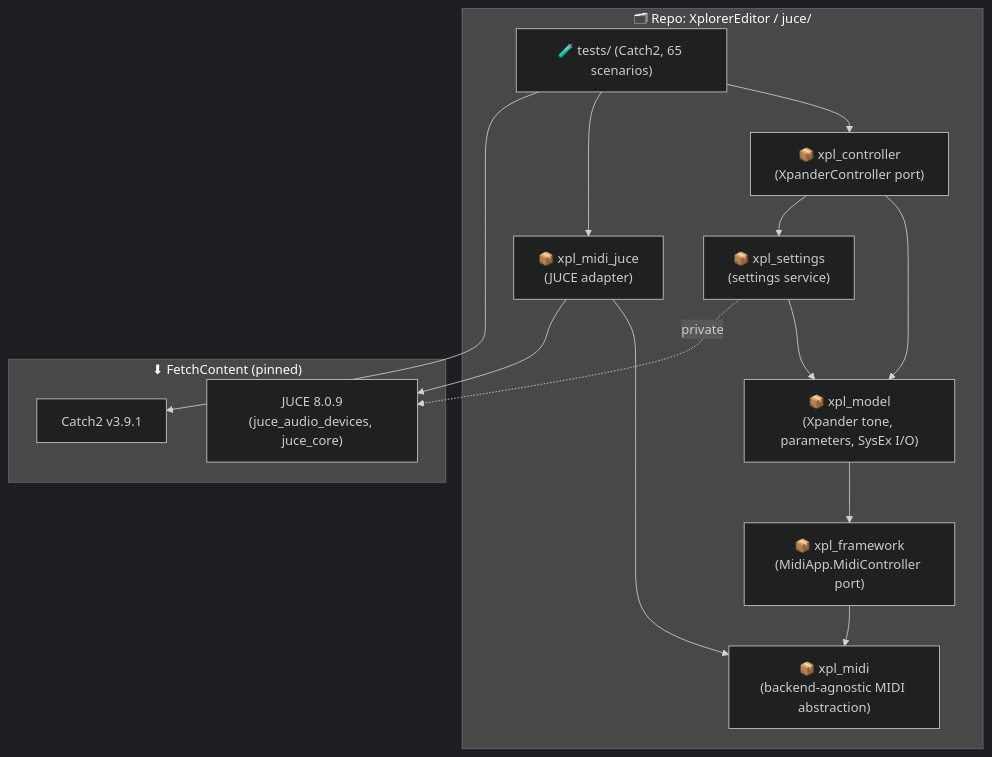
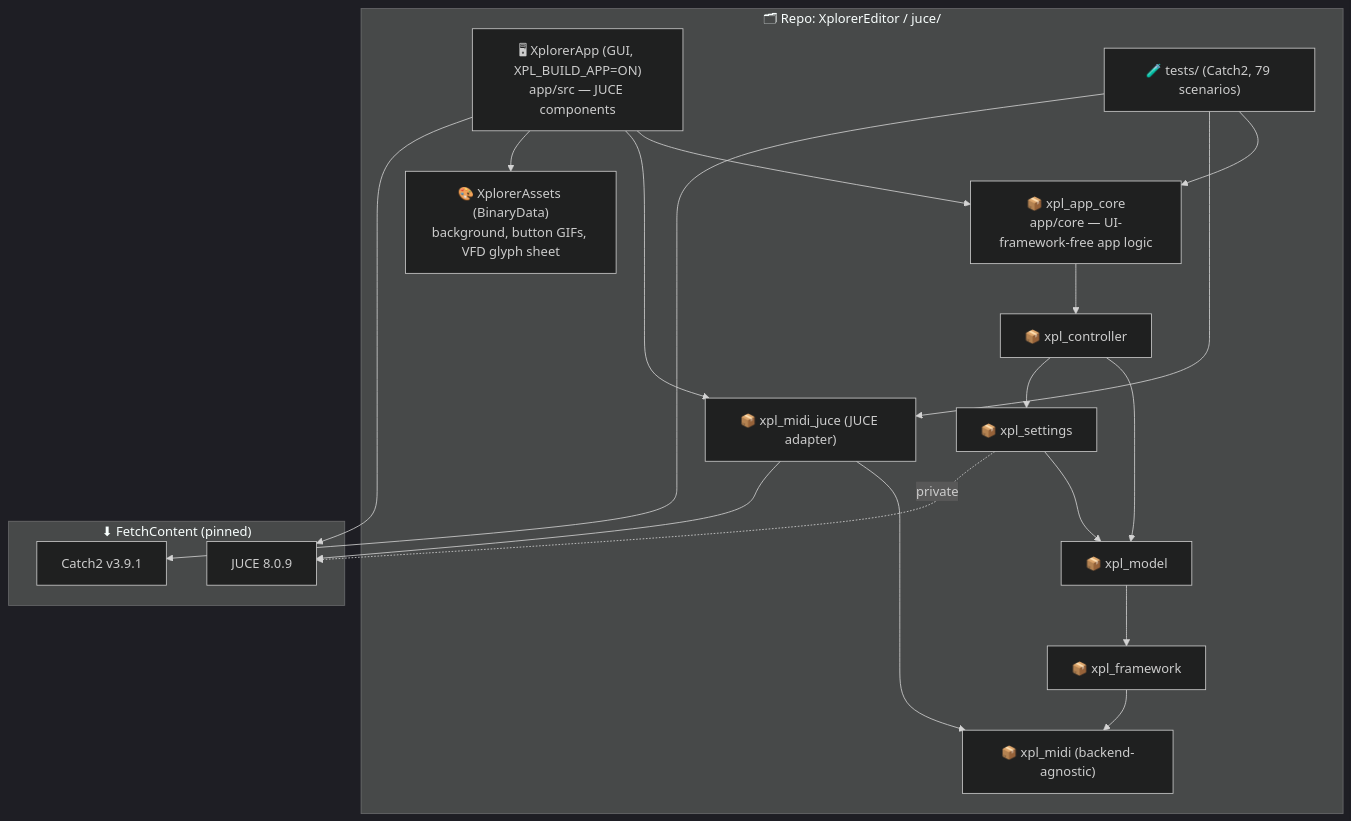
The first of 12 diagrams in docs/architecture-analysis_juce.md (xplorer2716/XplorerEditor), drawn with Mermaid (dark theme) before and after one commit. The commit also changed other lines of this file, not shown here.

````diff
--- a/docs/architecture-analysis_juce.md
+++ b/docs/architecture-analysis_juce.md
@@ -16,29 +61,37 @@
 ```mermaid
 graph TD
-    subgraph repo-xplorer ["🗂 Repo: XplorerEditor / juce/"]
-        Controller["📦 xpl_controller\n(XpanderController port)"]
-        Settings["📦 xpl_settings\n(settings service)"]
-        Model["📦 xpl_model\n(Xpander tone, parameters, SysEx I/O)"]
-        Framework["📦 xpl_framework\n(MidiApp.MidiController port)"]
-        Midi["📦 xpl_midi\n(backend-agnostic MIDI abstraction)"]
-        MidiJuce["📦 xpl_midi_juce\n(JUCE adapter)"]
-        Tests["🧪 tests/ (Catch2, 65 scenarios)"]
+    subgraph repo ["🗂 Repo: XplorerEditor / juce/"]
+        App["🖥 XplorerApp (GUI, XPL_BUILD_APP=ON)\napp/src — JUCE components"]
+        AppCore["📦 xpl_app_core\napp/core — UI-framework-free app logic"]
+        Controller["📦 xpl_controller"]
+        Settings["📦 xpl_settings"]
+        Model["📦 xpl_model"]
+        Framework["📦 xpl_framework"]
+        MidiJuce["📦 xpl_midi_juce (JUCE adapter)"]
+        Midi["📦 xpl_midi (backend-agnostic)"]
+        Assets["🎨 XplorerAssets (BinaryData)\nbackground, button GIFs, VFD glyph sheet"]
+        Tests["🧪 tests/ (Catch2, 79 scenarios)"]
     end
 
     subgraph external ["⬇ FetchContent (pinned)"]
-        JUCE["JUCE 8.0.9\n(juce_audio_devices, juce_core)"]
+        JUCE["JUCE 8.0.9"]
         Catch2["Catch2 v3.9.1"]
     end
 
+    App --> AppCore
+    App --> MidiJuce
+    App --> Assets
+    App --> JUCE
+    AppCore --> Controller
     Controller --> Model
     Controller --> Settings
     Settings --> Model
     Model --> Framework
     Framework --> Midi
     MidiJuce --> Midi
     MidiJuce --> JUCE
     Settings -.private.-> JUCE
-    Tests --> Controller
+    Tests --> AppCore
     Tests --> MidiJuce
     Tests --> Catch2
 ```
````
